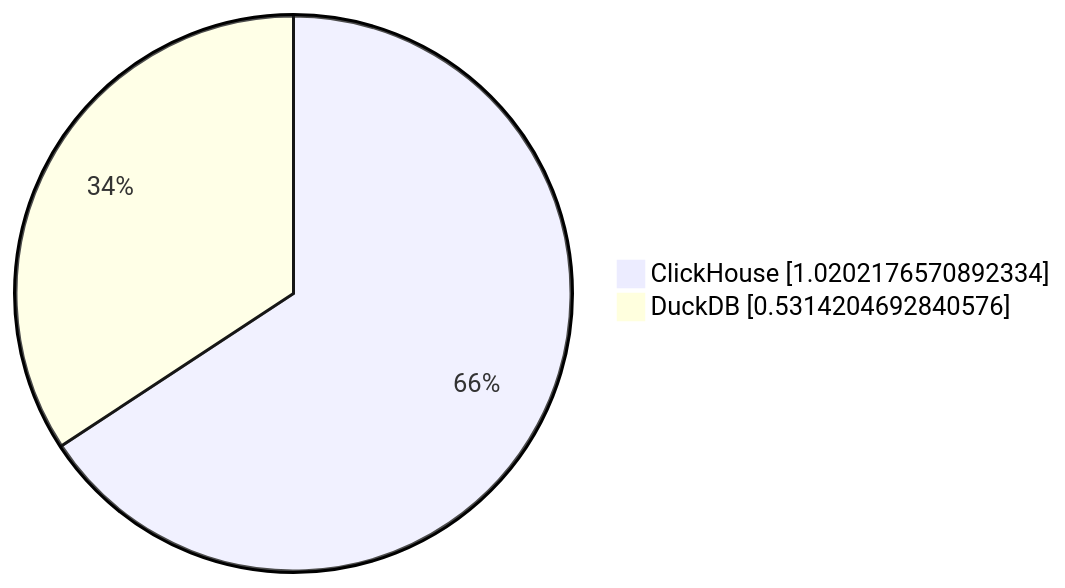
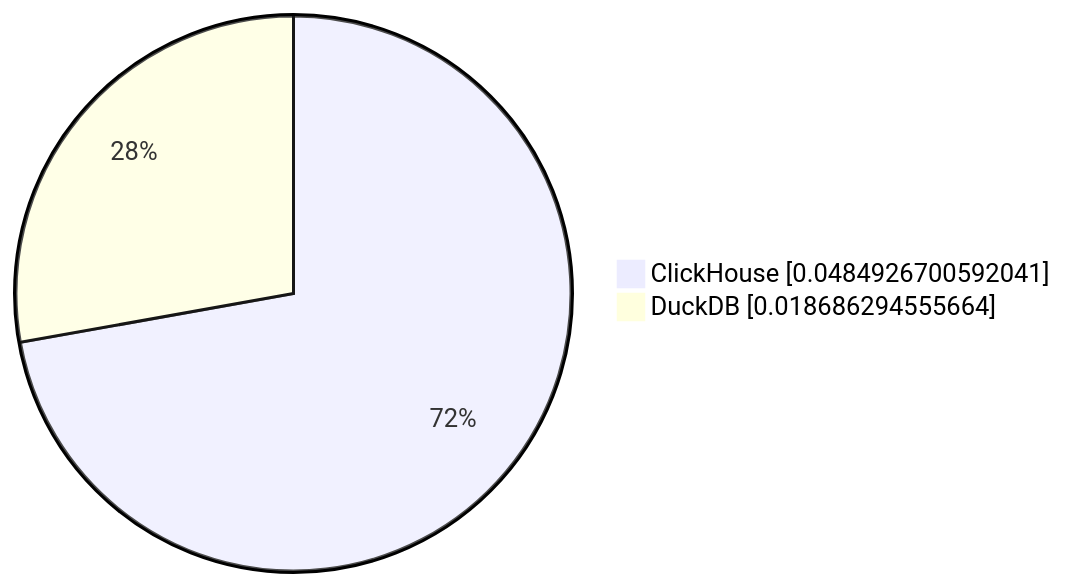
The fourth of 10 diagrams in parquet/performance/results/README.md (Altinity/clickhouse-regression), drawn with Mermaid before and after one commit. The commit also changed other lines of this file, not shown here.

````diff
--- a/parquet/performance/results/README.md
+++ b/parquet/performance/results/README.md
@@ -40,5 +40,5 @@
 ```mermaid
      pie showData
-         "ClickHouse" : 1.0202176570892334
-         "DuckDB" : 0.5314204692840576
+         "ClickHouse" : 0.0484926700592041
+         "DuckDB" : 0.018686294555664
 ```
````
